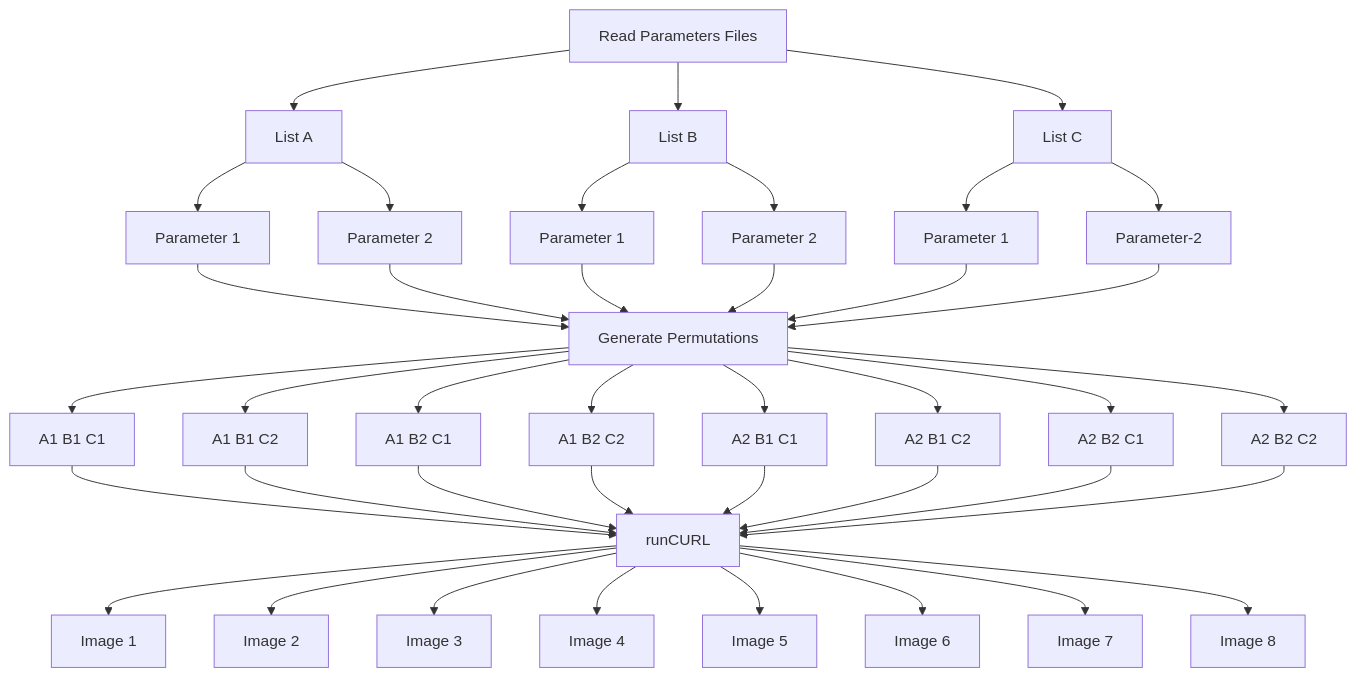
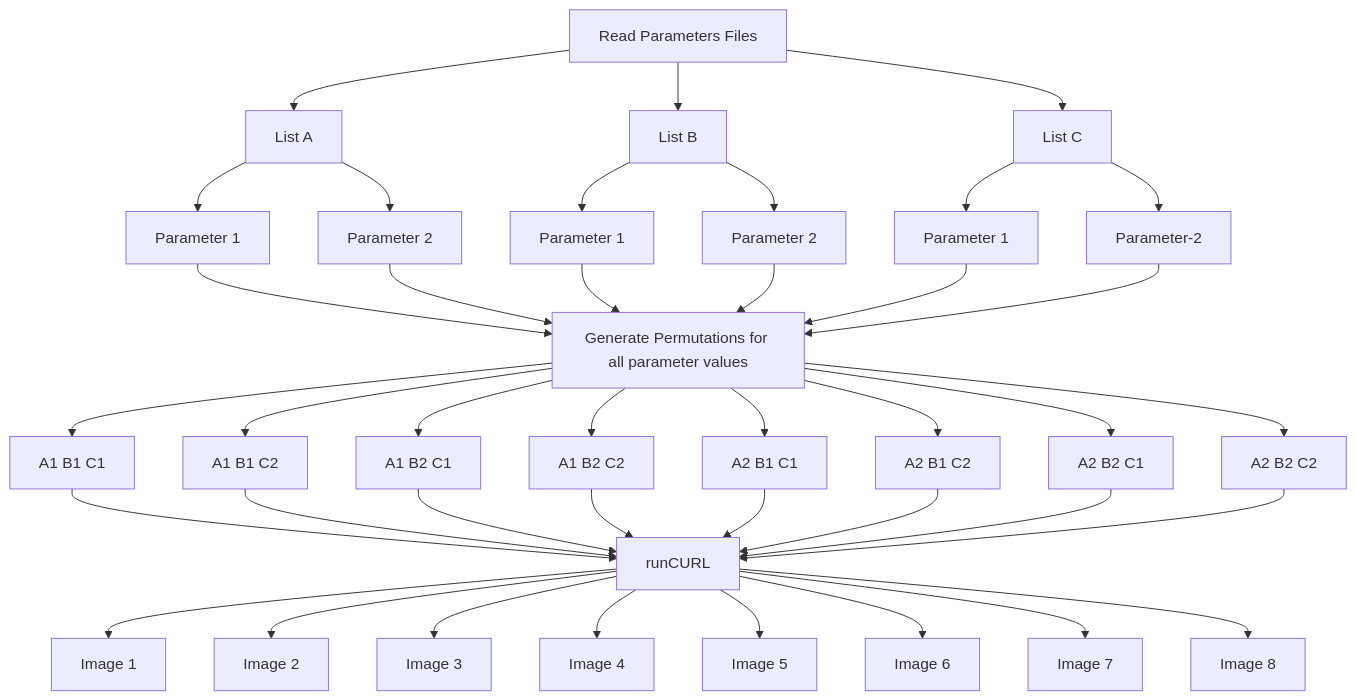
Before and after one commit to daedon/Fooocus-API-XYZ: the diagram in README.md, drawn with Mermaid.

````diff
--- a/README.md
+++ b/README.md
@@ -144,47 +144,47 @@
 ```mermaid
 graph TD;
     Read_Parameters[Read Parameters Files]-->listA[List A];
     Read_Parameters-->listB[List B];
     Read_Parameters-->listC[List C];
     listA-->A1[Parameter 1];
     listA-->A2[Parameter 2];
     listB-->B1[Parameter 1];
     listB-->B2[Parameter 2];
     listC-->C1[Parameter 1];
     listC-->C2[Parameter-2];
 
-    A1-->Generate_Permutation[Generate Permutations];
+    A1-->Generate_Permutation[Generate Permutations for all parameter values];
     A2-->Generate_Permutation;
     B1-->Generate_Permutation;
     B2-->Generate_Permutation;
     C1-->Generate_Permutation;
     C2-->Generate_Permutation;
 
     Generate_Permutation-->A1_B1_C1[A1 B1 C1];
     Generate_Permutation-->A1_B1_C2[A1 B1 C2];
     Generate_Permutation-->A1_B2_C1[A1 B2 C1];
     Generate_Permutation-->A1_B2_C2[A1 B2 C2];
     Generate_Permutation-->A2_B1_C1[A2 B1 C1];
     Generate_Permutation-->A2_B1_C2[A2 B1 C2];
     Generate_Permutation-->A2_B2_C1[A2 B2 C1];
     Generate_Permutation-->A2_B2_C2[A2 B2 C2];
 
     A1_B1_C1-->CurlCall[runCURL];
     A1_B1_C2-->CurlCall;
     A1_B2_C1-->CurlCall;
     A1_B2_C2-->CurlCall;
     A2_B1_C1-->CurlCall;
     A2_B1_C2-->CurlCall;
     A2_B2_C1-->CurlCall;
     A2_B2_C2-->CurlCall;
 
     CurlCall-->ImageA1_B1_C1[Image 1];
     CurlCall-->ImageA1_B1_C2[Image 2];
     CurlCall-->ImageA1_B2_C1[Image 3];
     CurlCall-->ImageA1_B2_C2[Image 4];
     CurlCall-->ImageA2_B1_C1[Image 5];
     CurlCall-->ImageA2_B1_C2[Image 6];
     CurlCall-->ImageA2_B2_C1[Image 7];
     CurlCall-->ImageA2_B2_C2[Image 8];
 
 ```
````
